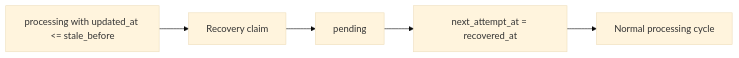
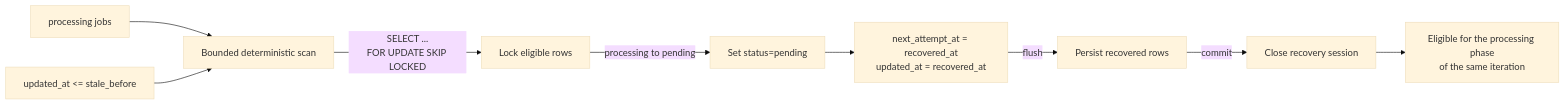
Before and after one commit to lukaszj321/reliable-webhook-service: the ninth of 11 diagrams in docs/architecture.md, drawn with Mermaid (base theme). The commit also changed other lines of this file, not shown here.

Commit message:
docs: expand architecture diagrams

````diff
--- a/docs/architecture.md
+++ b/docs/architecture.md
@@ -121,7 +345,11 @@
 ```mermaid
 flowchart LR
-    Stale["processing with updated_at <= stale_before"] --> Recovery["Recovery claim"]
-    Recovery --> Pending["pending"]
-    Pending --> Schedule["next_attempt_at = recovered_at"]
-    Schedule --> Cycle["Normal processing cycle"]
+    Processing["processing jobs"] --> Scan["Bounded deterministic scan"]
+    Cutoff["updated_at <= stale_before"] --> Scan
+    Scan -->|"SELECT ...<br/>FOR UPDATE SKIP LOCKED"| Lock["Lock eligible rows"]
+    Lock -->|"processing to pending"| Reset["Set status=pending"]
+    Reset --> Schedule["next_attempt_at = recovered_at<br/>updated_at = recovered_at"]
+    Schedule -->|"flush"| Flush["Persist recovered rows"]
+    Flush -->|"commit"| Commit["Close recovery session"]
+    Commit --> Due["Eligible for the processing phase<br/>of the same iteration"]
 ```
````
